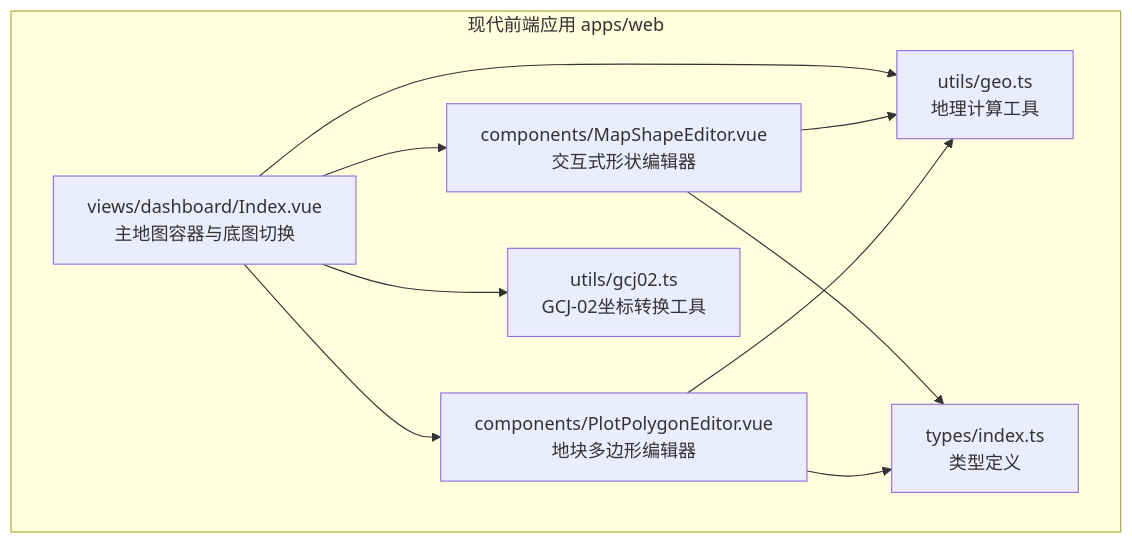
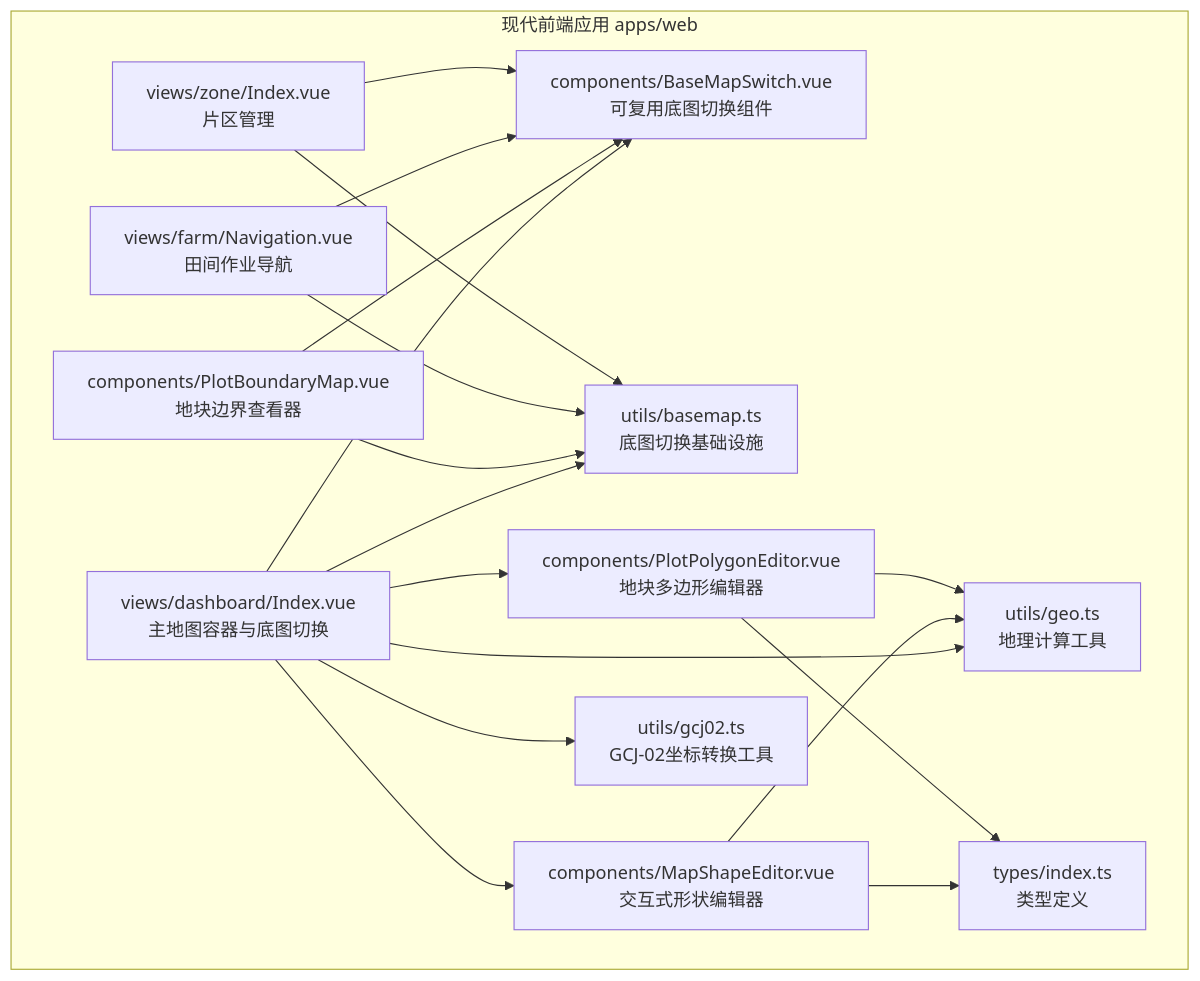
One commit to q446328246/agri-platform changed the first of 9 diagrams in .qoder/repowiki/zh/content/前端应用文档/地图可视化.md. Above: the diagram before and after it, drawn with Mermaid. The commit also changed other lines of this file and 48 other files, not shown here.

````diff
--- a/.qoder/repowiki/zh/content/前端应用文档/地图可视化.md
+++ b/.qoder/repowiki/zh/content/前端应用文档/地图可视化.md
@@ -48,19 +54,32 @@
 ```mermaid
 graph TB
 subgraph "现代前端应用 apps/web"
 Dashboard["views/dashboard/Index.vue<br/>主地图容器与底图切换"]
+BaseMapSwitch["components/BaseMapSwitch.vue<br/>可复用底图切换组件"]
+BasemapUtils["utils/basemap.ts<br/>底图切换基础设施"]
+PlotBoundaryMap["components/PlotBoundaryMap.vue<br/>地块边界查看器"]
+Navigation["views/farm/Navigation.vue<br/>田间作业导航"]
+ZoneIndex["views/zone/Index.vue<br/>片区管理"]
 ShapeEditor["components/MapShapeEditor.vue<br/>交互式形状编辑器"]
 PolygonEditor["components/PlotPolygonEditor.vue<br/>地块多边形编辑器"]
 GeoUtils["utils/geo.ts<br/>地理计算工具"]
 Gcj02Utils["utils/gcj02.ts<br/>GCJ-02坐标转换工具"]
 Types["types/index.ts<br/>类型定义"]
 end
+Dashboard --> BaseMapSwitch
+Dashboard --> BasemapUtils
+PlotBoundaryMap --> BaseMapSwitch
+PlotBoundaryMap --> BasemapUtils
+Navigation --> BaseMapSwitch
+Navigation --> BasemapUtils
+ZoneIndex --> BaseMapSwitch
+ZoneIndex --> BasemapUtils
 Dashboard --> ShapeEditor
 Dashboard --> PolygonEditor
 Dashboard --> GeoUtils
 Dashboard --> Gcj02Utils
 ShapeEditor --> GeoUtils
 PolygonEditor --> GeoUtils
 ShapeEditor --> Types
 PolygonEditor --> Types
 ```
````
